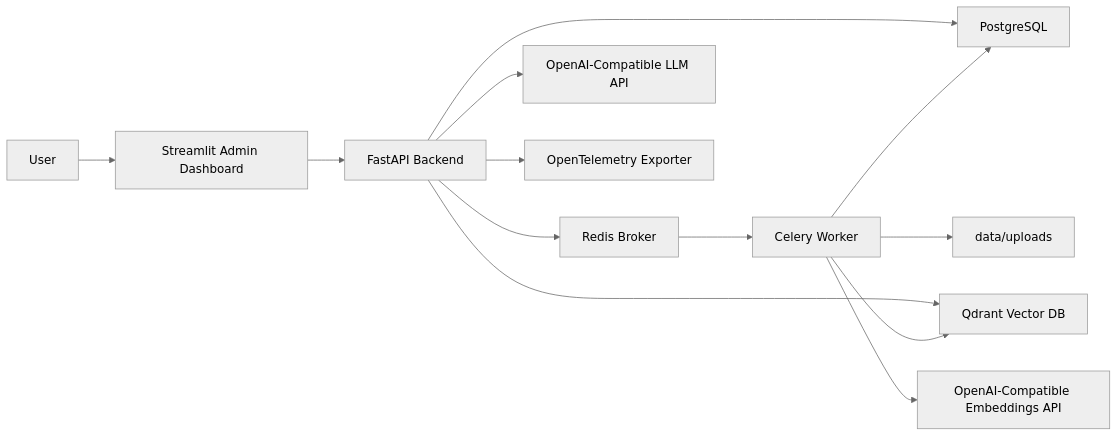
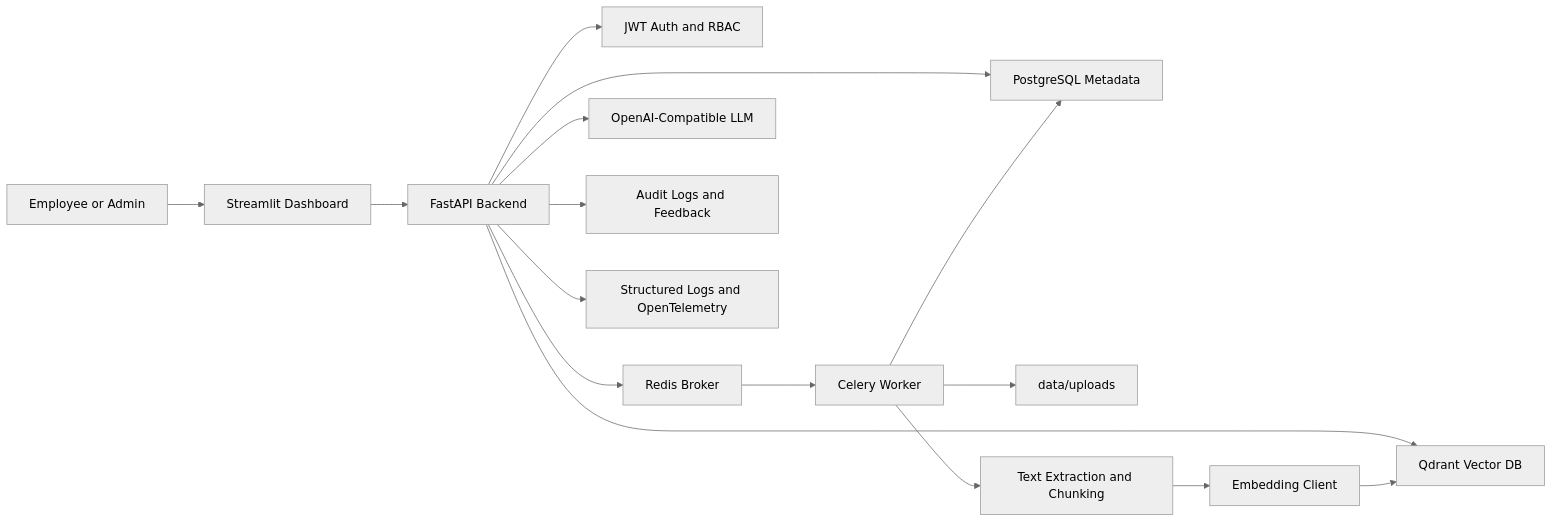
Before and after one commit to minititan5071-sketch/enterprise-knowledge-rag: the first of 3 diagrams in README.md, drawn with Mermaid (neutral theme). The commit also changed other lines of this file and 18 other files, not shown here.

````diff
--- a/README.md
+++ b/README.md
@@ -7,15 +15,18 @@
 ```mermaid
 flowchart LR
-  User["User"] --> UI["Streamlit Admin Dashboard"]
+  User["Employee or Admin"] --> UI["Streamlit Dashboard"]
   UI --> API["FastAPI Backend"]
-  API --> PG["PostgreSQL"]
+  API --> Auth["JWT Auth and RBAC"]
+  API --> PG["PostgreSQL Metadata"]
   API --> Redis["Redis Broker"]
   API --> Qdrant["Qdrant Vector DB"]
-  API --> LLM["OpenAI-Compatible LLM API"]
+  API --> LLM["OpenAI-Compatible LLM"]
   Redis --> Worker["Celery Worker"]
   Worker --> Files["data/uploads"]
+  Worker --> Extract["Text Extraction and Chunking"]
+  Extract --> Embed["Embedding Client"]
+  Embed --> Qdrant
   Worker --> PG
-  Worker --> Qdrant
-  Worker --> Embed["OpenAI-Compatible Embeddings API"]
-  API --> OTel["OpenTelemetry Exporter"]
+  API --> Audit["Audit Logs and Feedback"]
+  API --> OTel["Structured Logs and OpenTelemetry"]
 ```
````
